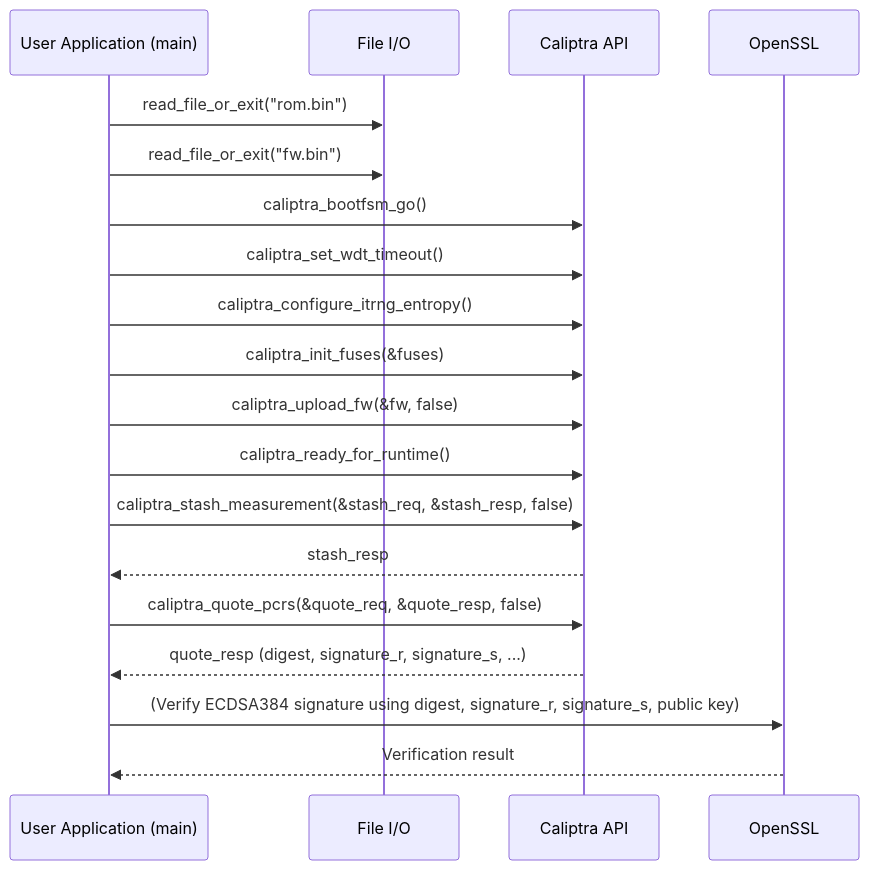
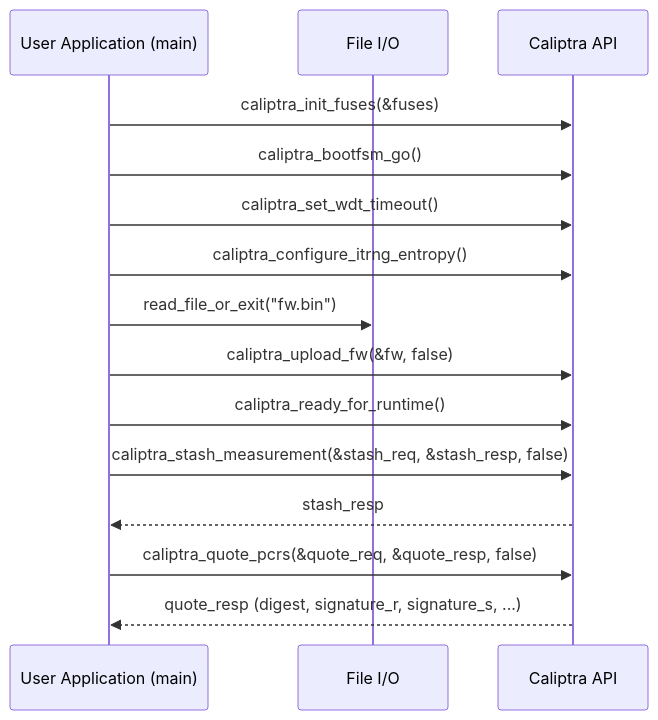
One commit to higuchi1040/caliptra_secureboot_sample changed the diagram in caliptra_endorsed_aggregated_measured_boot_sequence.md. Above: the diagram before and after it, drawn with Mermaid. The commit also changed other lines of this file and 6 other files, not shown here.

Commit message:
Modify for new sequence without OpenSSL

````diff
--- a/caliptra_endorsed_aggregated_measured_boot_sequence.md
+++ b/caliptra_endorsed_aggregated_measured_boot_sequence.md
@@ -3,24 +3,20 @@
 ```mermaid
 sequenceDiagram
     participant App as User Application (main)
     participant FileIO as File I/O
     participant Caliptra as Caliptra API
-    participant OpenSSL as OpenSSL
 
-    App->>FileIO: read_file_or_exit("rom.bin")
-    App->>FileIO: read_file_or_exit("fw.bin")
+    App->>Caliptra: caliptra_init_fuses(&fuses)
     App->>Caliptra: caliptra_bootfsm_go()
     App->>Caliptra: caliptra_set_wdt_timeout()
     App->>Caliptra: caliptra_configure_itrng_entropy()
-    App->>Caliptra: caliptra_init_fuses(&fuses)
+    App->>FileIO: read_file_or_exit("fw.bin")
     App->>Caliptra: caliptra_upload_fw(&fw, false)
     App->>Caliptra: caliptra_ready_for_runtime()
     %% Aggregated Measured Boot
     App->>Caliptra: caliptra_stash_measurement(&stash_req, &stash_resp, false)
     Caliptra-->>App: stash_resp
     App->>Caliptra: caliptra_quote_pcrs(&quote_req, &quote_resp, false)
     Caliptra-->>App: quote_resp (digest, signature_r, signature_s, ...)
-    %% (Optional) Attestation certificate retrieval omitted
-    App->>OpenSSL: (Verify ECDSA384 signature using digest, signature_r, signature_s, public key)
-    OpenSSL-->>App: Verification result
+    %% (Optional) Attestation signature verification (omitted)
 ```
````
